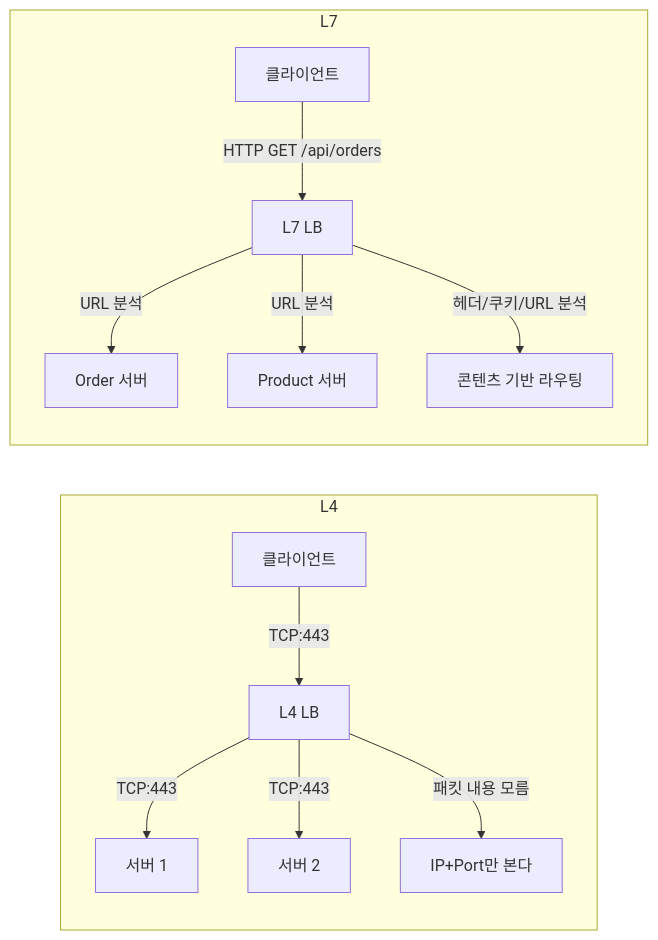
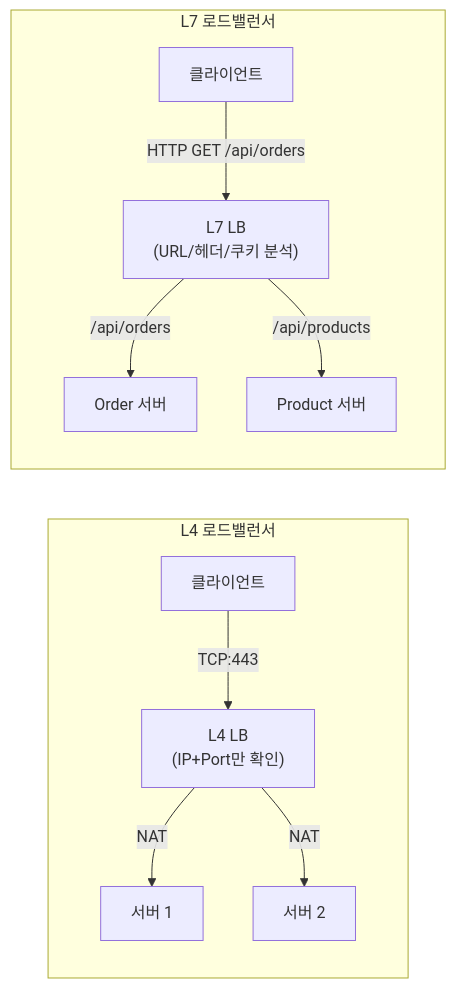
The second of 3 diagrams in _posts/network/2026-05-01-load-balancer.md (yjkim2015/yjkim2015.github.io), drawn with Mermaid before and after one commit. The commit also changed other lines of this file and 34 other files, not shown here.

First line of the commit message:
Full quality pass: 41 files — ASCII removed, 동작원리 보강, diagrams

```diff
--- a/_posts/network/2026-05-01-load-balancer.md
+++ b/_posts/network/2026-05-01-load-balancer.md
@@ -129,16 +106,14 @@
 <div class="mermaid">
 graph LR
-    subgraph L4
-        C1[클라이언트] -->|TCP:443| L4LB[L4 LB]
-        L4LB -->|TCP:443| S1A[서버 1]
-        L4LB -->|TCP:443| S1B[서버 2]
-        L4LB -->|패킷 내용 모름| NOTE1[IP+Port만 본다]
+    subgraph "L4 로드밸런서"
+        C1["클라이언트"] -->|"TCP:443"| L4LB["L4 LB\n(IP+Port만 확인)"]
+        L4LB -->|"NAT"| S1A["서버 1"]
+        L4LB -->|"NAT"| S1B["서버 2"]
     end
 
-    subgraph L7
-        C2[클라이언트] -->|HTTP GET /api/orders| L7LB[L7 LB]
-        L7LB -->|URL 분석| S2A[Order 서버]
-        L7LB -->|URL 분석| S2B[Product 서버]
-        L7LB -->|헤더/쿠키/URL 분석| NOTE2[콘텐츠 기반 라우팅]
+    subgraph "L7 로드밸런서"
+        C2["클라이언트"] -->|"HTTP GET /api/orders"| L7LB["L7 LB\n(URL/헤더/쿠키 분석)"]
+        L7LB -->|"/api/orders"| S2A["Order 서버"]
+        L7LB -->|"/api/products"| S2B["Product 서버"]
     end
 </div>
```
